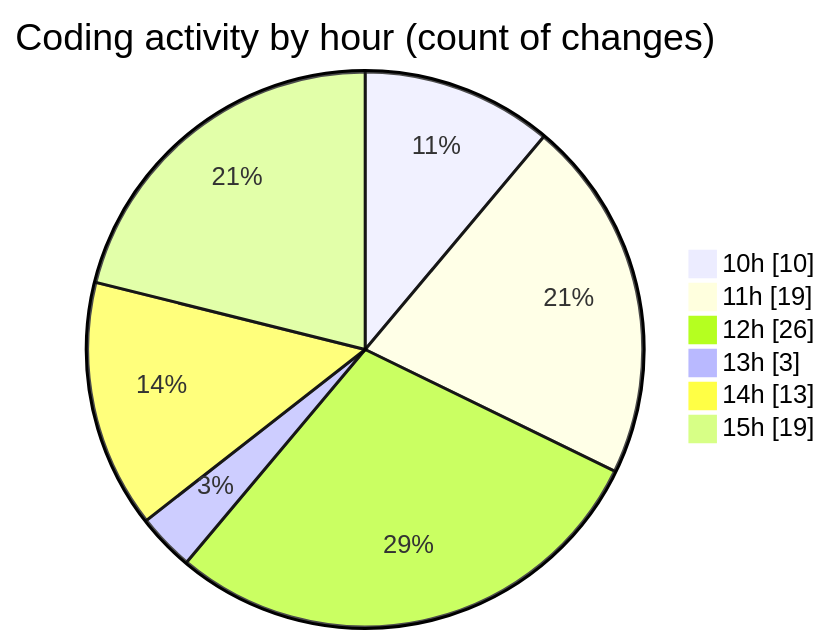
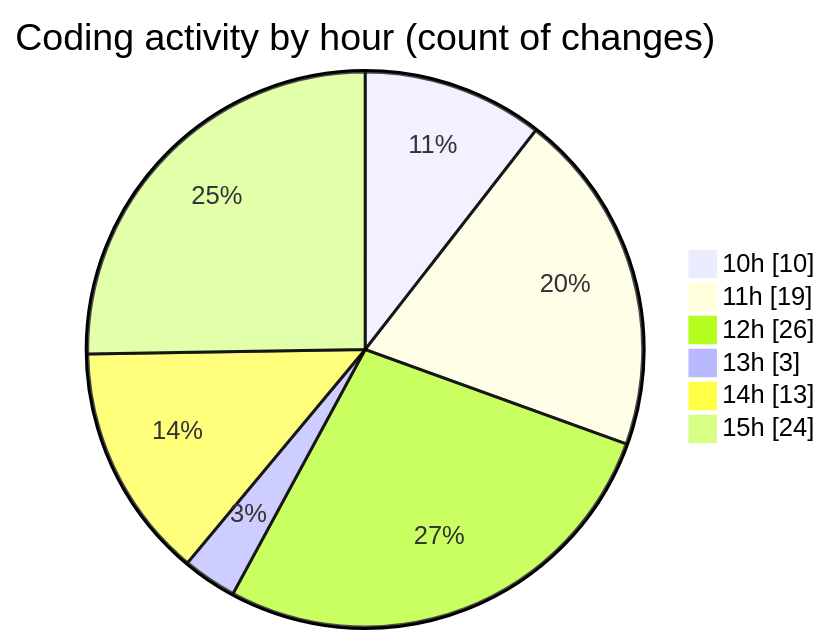
The second of 2 diagrams in 2025-07-21/nxtqube_webapp/README.md (nxtqubesakshisongat/code-tracking), drawn with Mermaid before and after one commit. The commit also changed other lines of this file and 1 other file, not shown here.

````diff
--- a/2025-07-21/nxtqube_webapp/README.md
+++ b/2025-07-21/nxtqube_webapp/README.md
@@ -37,10 +37,10 @@
 ```mermaid
 pie showData
 title Coding activity by hour (count of changes)
 "10h" : 10
 "11h" : 19
 "12h" : 26
 "13h" : 3
 "14h" : 13
-"15h" : 19
+"15h" : 24
 ```
````
